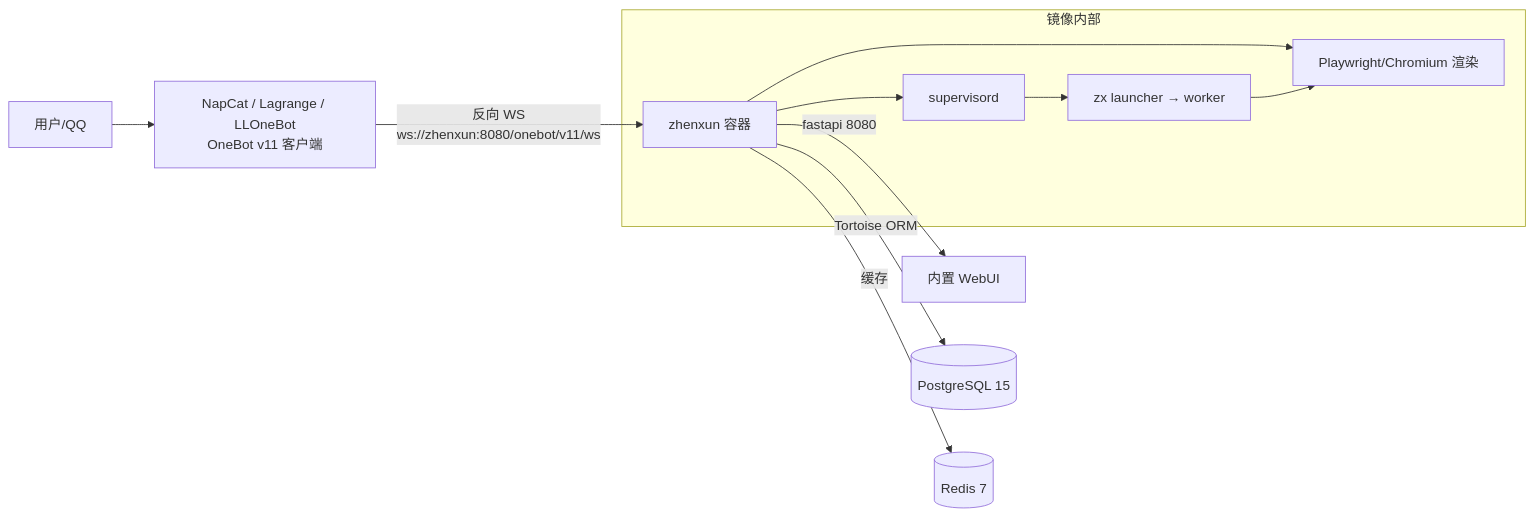
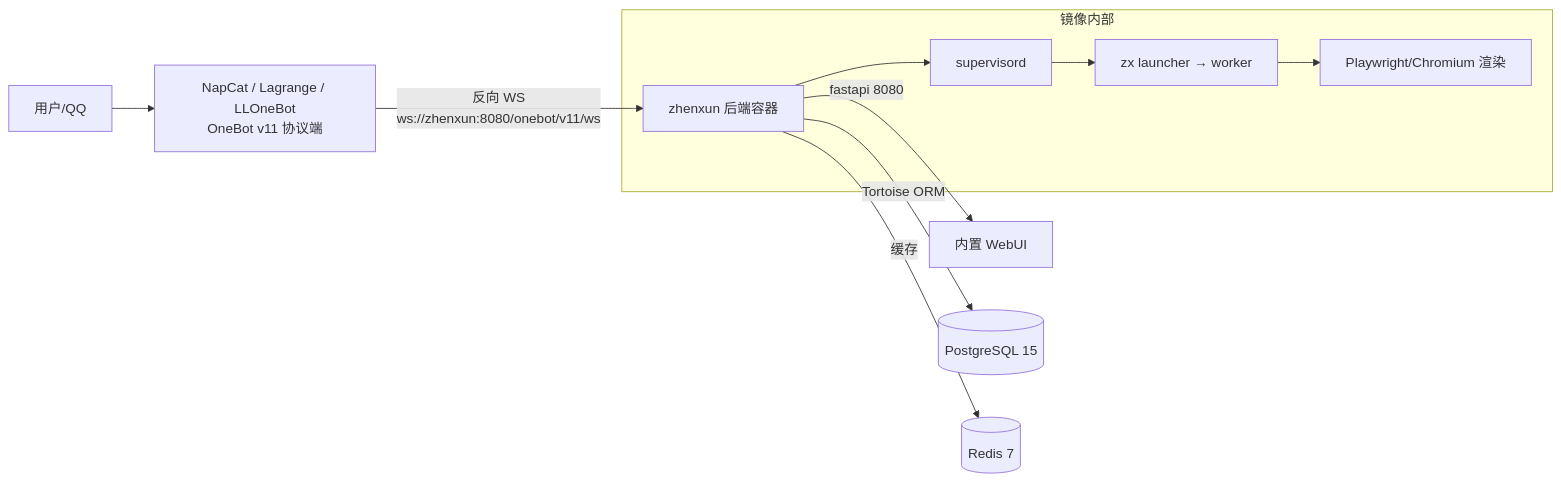
The diagram in README.md (Stlara-F/ZhenxunBot.Docker.Framework), drawn with Mermaid before and after one commit. The commit also changed other lines of this file and 6 other files, not shown here.

````diff
--- a/README.md
+++ b/README.md
@@ -24,14 +26,13 @@
 ```mermaid
 graph LR
-    U[用户/QQ] --> N[NapCat / Lagrange / LLOneBot<br/>OneBot v11 客户端]
-    N -->|反向 WS<br/>ws://zhenxun:8080/onebot/v11/ws| Z[zhenxun 容器]
+    U[用户/QQ] --> N[NapCat / Lagrange / LLOneBot<br/>OneBot v11 协议端]
+    N -->|反向 WS<br/>ws://zhenxun:8080/onebot/v11/ws| Z[zhenxun 后端容器]
     Z -->|fastapi 8080| W[内置 WebUI]
     Z -->|Tortoise ORM| P[(PostgreSQL 15)]
     Z -->|缓存| R[(Redis 7)]
-    Z --> C[Playwright/Chromium 渲染]
     subgraph 镜像内部
       Z --> S[supervisord]
       S --> B[zx launcher → worker]
-      B --> C
+      B --> C[Playwright/Chromium 渲染]
     end
 ```
````
